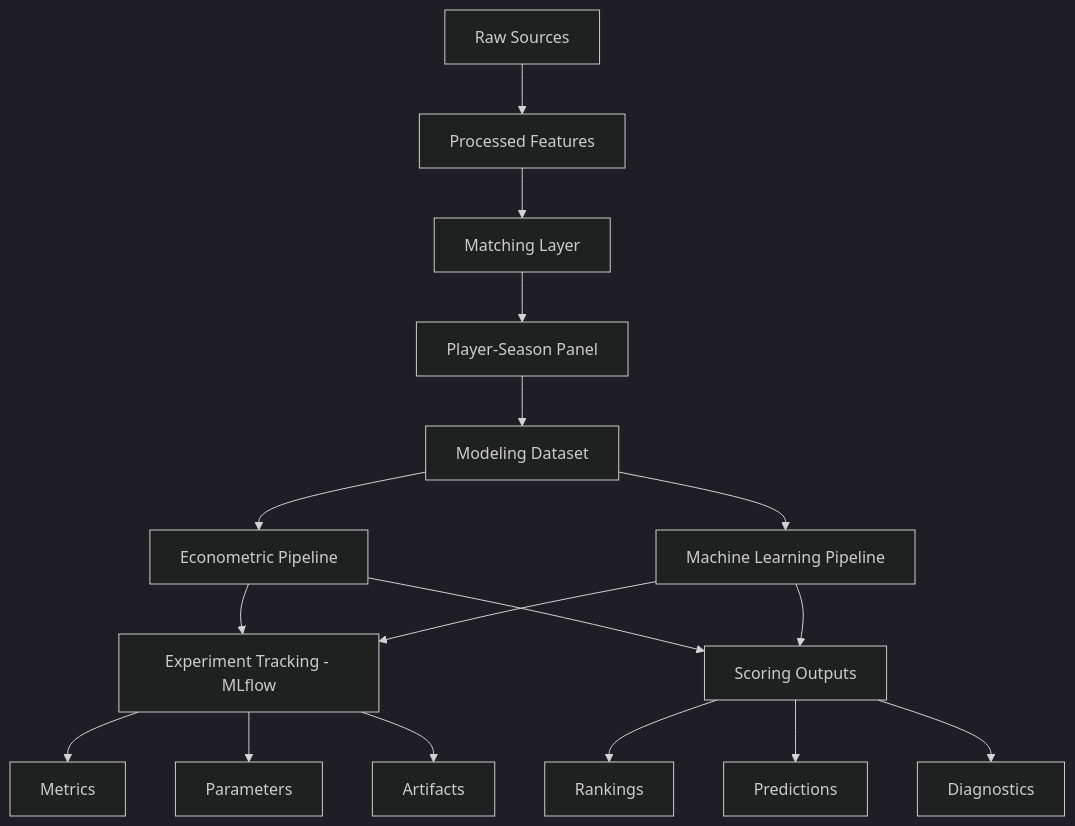
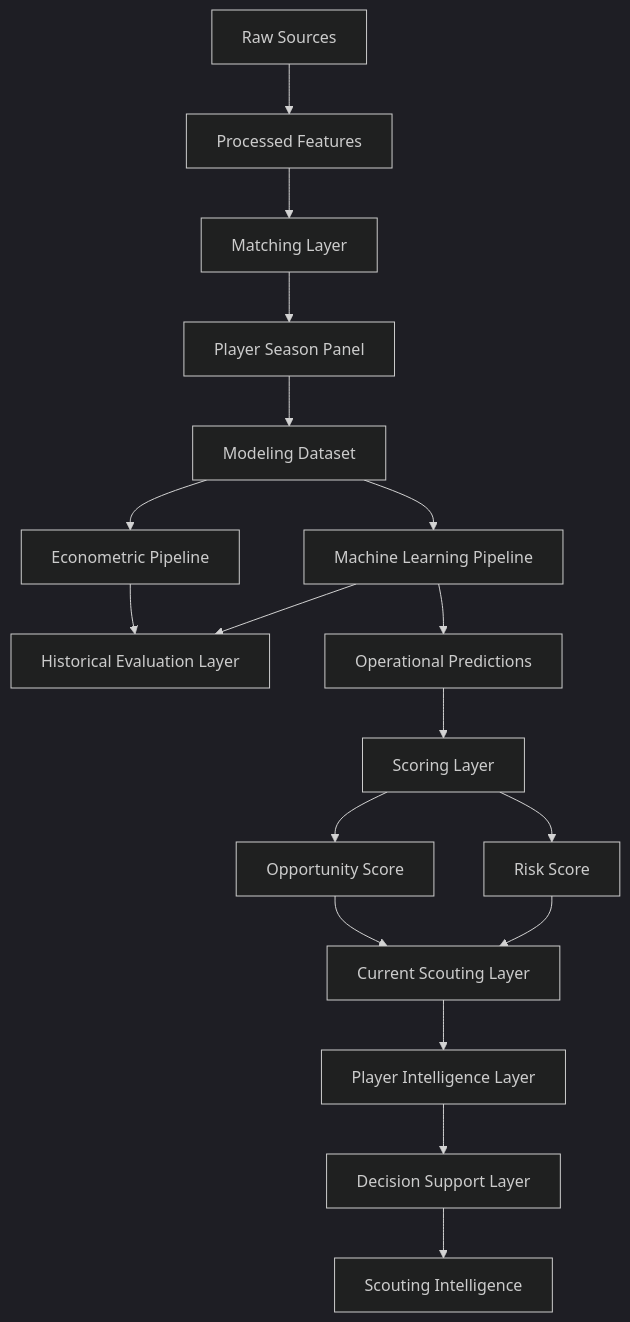
Before and after one commit to manuelpeba/market-value-football-tfm: the diagram in docs/schema_decisions.md, drawn with Mermaid (dark theme). The commit also changed other lines of this file and 16 other files, not shown here.

Commit message:
docs: complete sprint 10 documentation, architecture and notebooks for v1.0.0

````diff
--- a/docs/schema_decisions.md
+++ b/docs/schema_decisions.md
@@ -145,28 +95,34 @@
 ```mermaid
 flowchart TD
 
-A[Raw Sources] --> B[Processed Features]
+A[Raw Sources]
+--> B[Processed Features]
 
 B --> C[Matching Layer]
 
-C --> D[Player-Season Panel]
+C --> D[Player Season Panel]
 
 D --> E[Modeling Dataset]
 
 E --> F[Econometric Pipeline]
 E --> G[Machine Learning Pipeline]
 
-F --> H[Experiment Tracking - MLflow]
+F --> H[Historical Evaluation Layer]
 G --> H
 
-F --> I[Scoring Outputs]
-G --> I
+G --> I[Operational Predictions]
 
-I --> J[Rankings]
-I --> K[Predictions]
-I --> L[Diagnostics]
+I --> J[Scoring Layer]
 
-H --> M[Metrics]
-H --> N[Parameters]
-H --> O[Artifacts]
+J --> K[Opportunity Score]
+J --> L[Risk Score]
+
+K --> M[Current Scouting Layer]
+L --> M
+
+M --> N[Player Intelligence Layer]
+
+N --> O[Decision Support Layer]
+
+O --> P[Scouting Intelligence]
 ```
````
